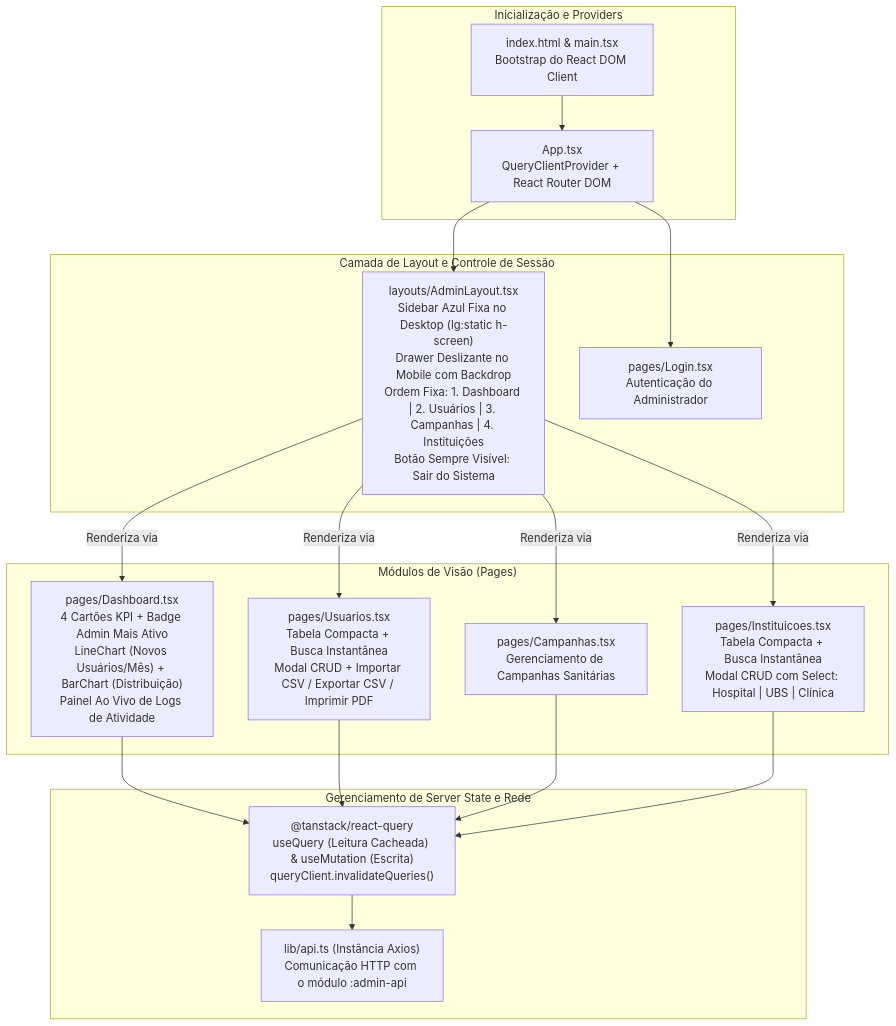
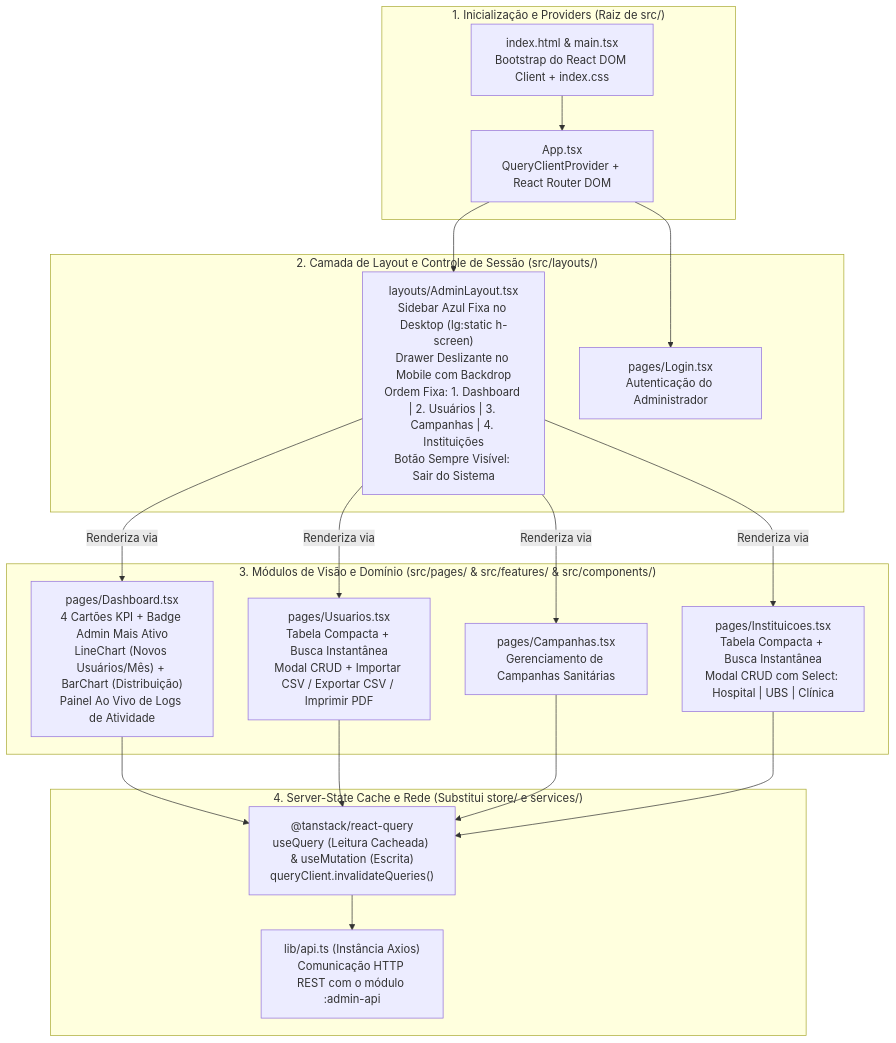
Before and after one commit to Conecta-Vida/Conecta-Vida-Documentacao: the first of 3 diagrams in ADMIN_FRONTEND.md, drawn with Mermaid. The commit also changed other lines of this file, not shown here.

````diff
--- a/ADMIN_FRONTEND.md
+++ b/ADMIN_FRONTEND.md
@@ -17,30 +92,30 @@
 ```mermaid
 flowchart TB
-    subgraph Bootstrap ["Inicialização e Providers"]
-        IndexHTML["index.html & main.tsx\nBootstrap do React DOM Client"]
+    subgraph Bootstrap ["1. Inicialização e Providers (Raiz de src/)"]
+        IndexHTML["index.html & main.tsx\nBootstrap do React DOM Client + index.css"]
         AppTSX["App.tsx\nQueryClientProvider + React Router DOM"]
     end
 
-    subgraph LayoutShell ["Camada de Layout e Controle de Sessão"]
+    subgraph LayoutShell ["2. Camada de Layout e Controle de Sessão (src/layouts/)"]
         AdminLayout["layouts/AdminLayout.tsx\nSidebar Azul Fixa no Desktop (lg:static h-screen)\nDrawer Deslizante no Mobile com Backdrop\nOrdem Fixa: 1. Dashboard | 2. Usuários | 3. Campanhas | 4. Instituições\nBotão Sempre Visível: Sair do Sistema"]
         LoginPage["pages/Login.tsx\nAutenticação do Administrador"]
     end
 
-    subgraph PagesLayer ["Módulos de Visão (Pages)"]
+    subgraph PagesLayer ["3. Módulos de Visão e Domínio (src/pages/ & src/features/ & src/components/)"]
         DashPage["pages/Dashboard.tsx\n4 Cartões KPI + Badge Admin Mais Ativo\nLineChart (Novos Usuários/Mês) + BarChart (Distribuição)\nPainel Ao Vivo de Logs de Atividade"]
         UserPage["pages/Usuarios.tsx\nTabela Compacta + Busca Instantânea\nModal CRUD + Importar CSV / Exportar CSV / Imprimir PDF"]
         CampPage["pages/Campanhas.tsx\nGerenciamento de Campanhas Sanitárias"]
         InstPage["pages/Instituicoes.tsx\nTabela Compacta + Busca Instantânea\nModal CRUD com Select: Hospital | UBS | Clínica"]
     end
 
-    subgraph StateAndNetwork ["Gerenciamento de Server State e Rede"]
+    subgraph StateAndNetwork ["4. Server-State Cache e Rede (Substitui store/ e services/)"]
         ReactQuery["@tanstack/react-query\nuseQuery (Leitura Cacheada) & useMutation (Escrita)\nqueryClient.invalidateQueries()"]
-        ApiService["lib/api.ts (Instância Axios)\nComunicação HTTP com o módulo :admin-api"]
+        ApiService["lib/api.ts (Instância Axios)\nComunicação HTTP REST com o módulo :admin-api"]
     end
 
     IndexHTML --> AppTSX
     AppTSX --> LoginPage & AdminLayout
     AdminLayout -- "Renderiza via <Outlet/>" --> DashPage & UserPage & CampPage & InstPage
     DashPage & UserPage & CampPage & InstPage --> ReactQuery
     ReactQuery --> ApiService
 ```
````
